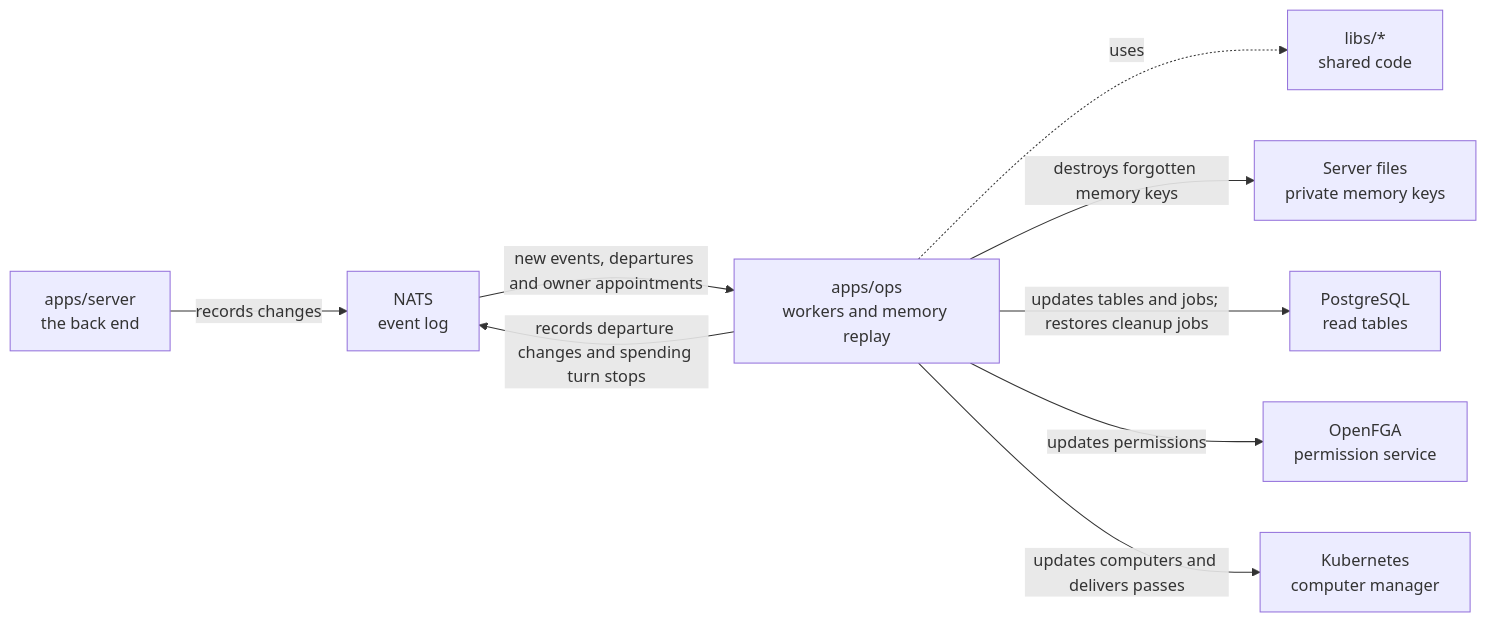
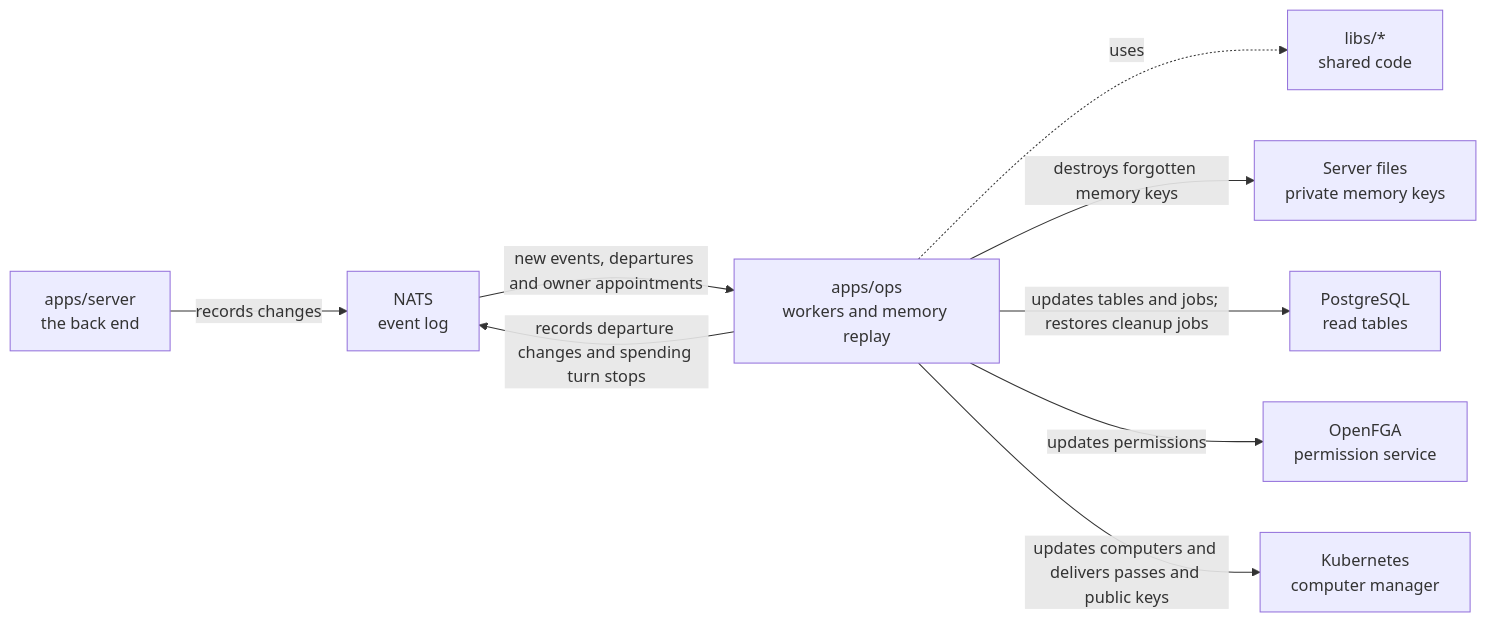
Before and after one commit to elewa-git/opencrane-new: the diagram in apps/ops/README.md, drawn with Mermaid. The commit also changed other lines of this file and 16 other files, not shown here.

````diff
--- a/apps/ops/README.md
+++ b/apps/ops/README.md
@@ -11,11 +11,11 @@
 ```mermaid
 flowchart LR
   server["apps/server<br/>the back end"] -->|records changes| nats["NATS<br/>event log"]
   nats -->|new events, departures and owner appointments| ops["apps/ops<br/>workers and memory replay"]
   ops -->|records departure changes and spending turn stops| nats
   ops -.->|uses| libs["libs/*<br/>shared code"]
   ops -->|destroys forgotten memory keys| keys["Server files<br/>private memory keys"]
   ops -->|updates tables and jobs; restores cleanup jobs| postgres["PostgreSQL<br/>read tables"]
   ops -->|updates permissions| fga["OpenFGA<br/>permission service"]
-  ops -->|updates computers and delivers passes| kube["Kubernetes<br/>computer manager"]
+  ops -->|updates computers and delivers passes and public keys| kube["Kubernetes<br/>computer manager"]
 ```
````
